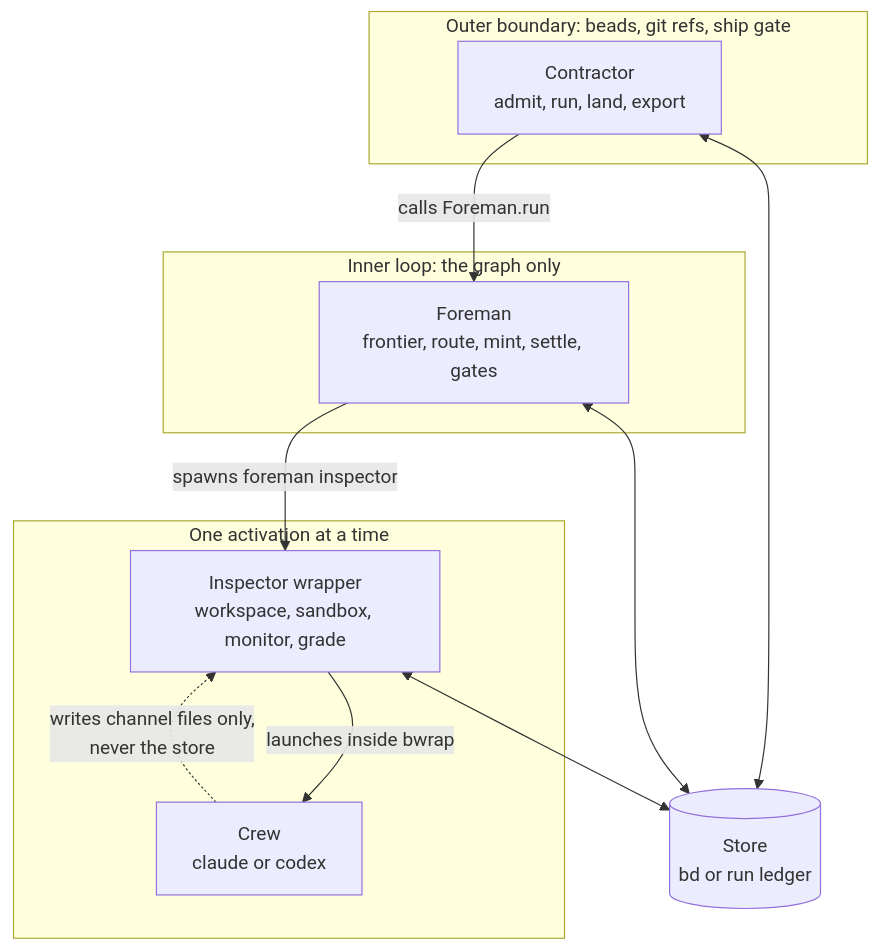
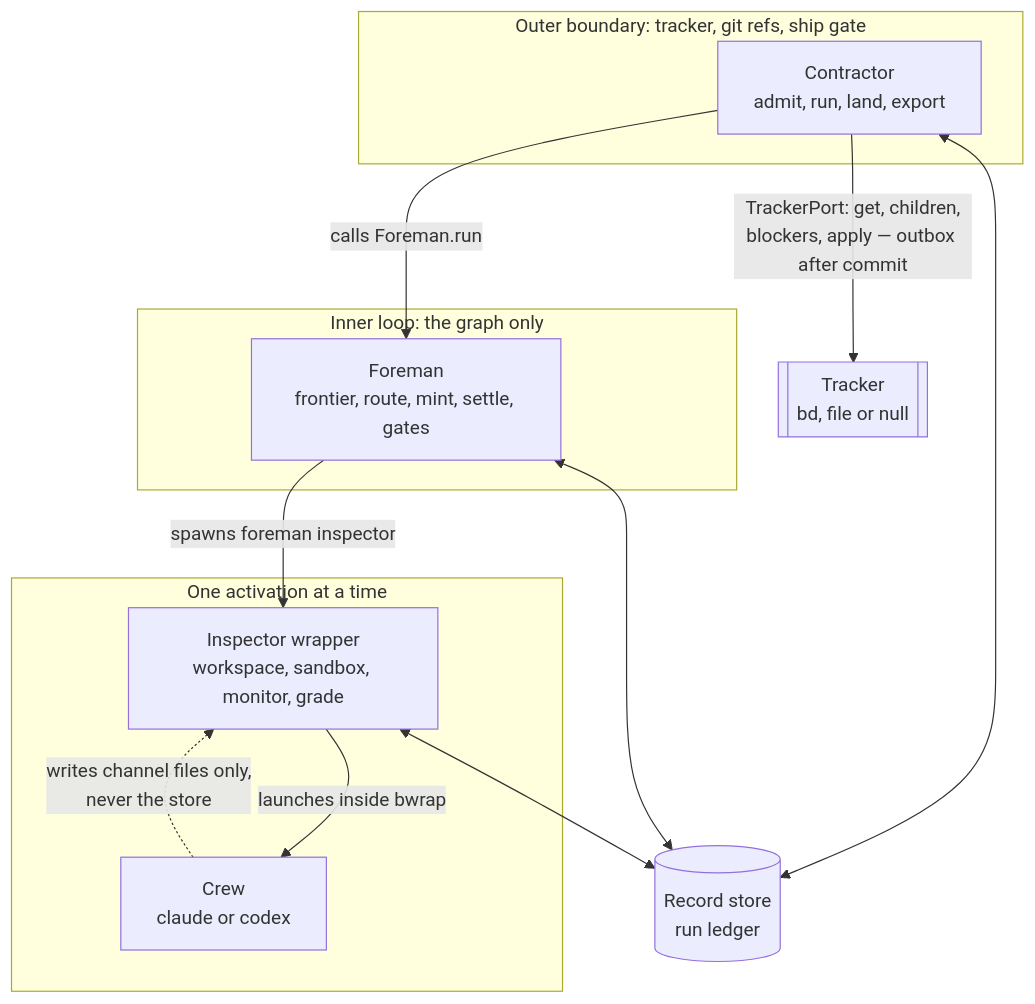
The first of 45 diagrams in docs/workflow-interpreter-guide/diagrams.md (MVPavan/coding-ritual), drawn with Mermaid before and after one commit. The commit also changed other lines of this file and 7 other files, not shown here.

First line of the commit message:
docs(store-restructure): close the epic out — the docs tell the truth

````diff
--- a/docs/workflow-interpreter-guide/diagrams.md
+++ b/docs/workflow-interpreter-guide/diagrams.md
@@ -72,22 +73,24 @@
 ```mermaid
 flowchart TB
-  subgraph OUT["Outer boundary: beads, git refs, ship gate"]
+  subgraph OUT["Outer boundary: tracker, git refs, ship gate"]
     B["Contractor<br/>admit, run, land, export"]
   end
   subgraph MID["Inner loop: the graph only"]
     F["Foreman<br/>frontier, route, mint, settle, gates"]
   end
   subgraph EXEC["One activation at a time"]
     W["Inspector wrapper<br/>workspace, sandbox, monitor, grade"]
     R["Crew<br/>claude or codex"]
   end
-  S[("Store<br/>bd or run ledger")]
+  S[("Record store<br/>run ledger")]
+  TR[["Tracker<br/>bd, file or null"]]
 
   B -->|"calls Foreman.run"| F
   F -->|"spawns foreman inspector"| W
   W -->|"launches inside bwrap"| R
   B <--> S
+  B -->|"TrackerPort: get, children,<br/>blockers, apply — outbox after commit"| TR
   F <--> S
   W <--> S
   R -.->|"writes channel files only,<br/>never the store"| W
 ```
````
